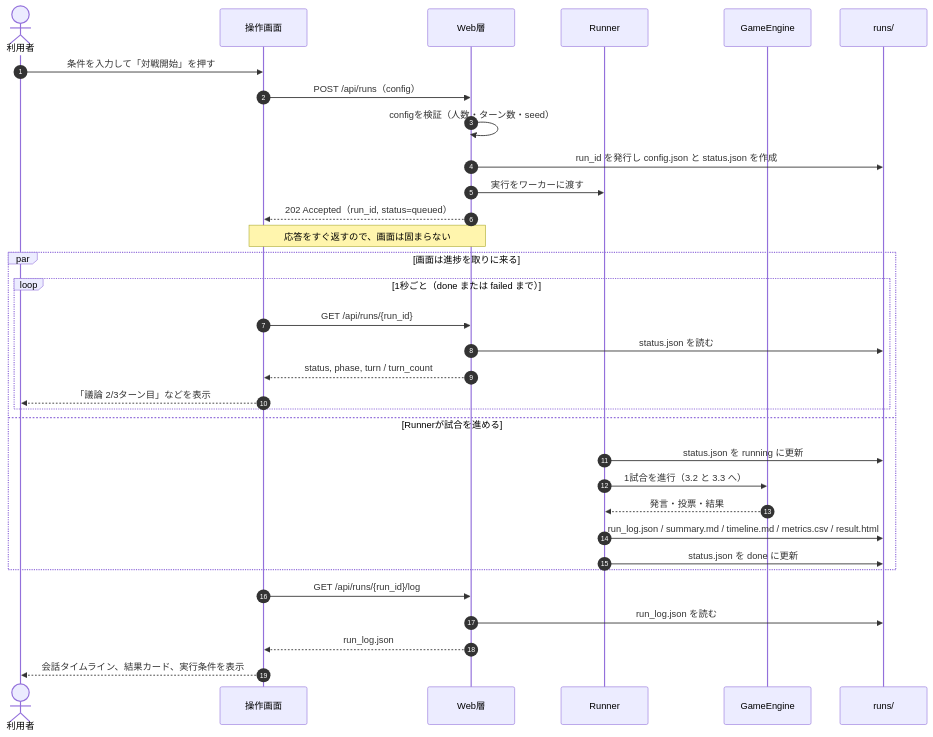
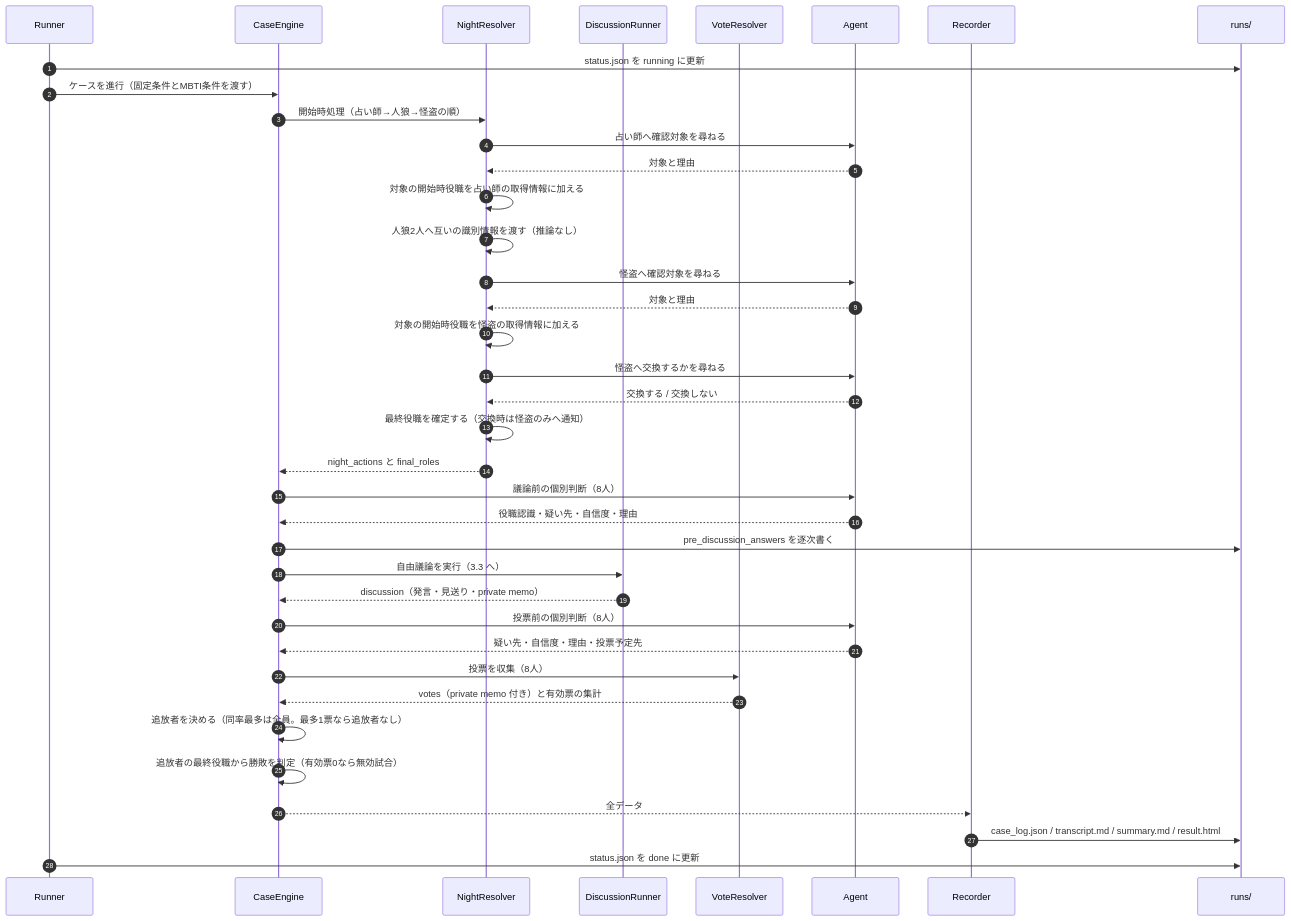
The third of 11 diagrams in docs/design.md (ziriss8120121/hackathon-test), drawn with Mermaid before and after one commit. The commit also changed other lines of this file and 2 other files, not shown here.

````diff
--- a/docs/design.md
+++ b/docs/design.md
@@ -207,38 +400,47 @@
 ```mermaid
 sequenceDiagram
     autonumber
-    actor U as 利用者
-    participant SCR as 操作画面
-    participant API as Web層
     participant R as Runner
-    participant E as GameEngine
+    participant E as CaseEngine
+    participant N as NightResolver
+    participant D as DiscussionRunner
+    participant V as VoteResolver
+    participant A as Agent
+    participant REC as Recorder
     participant FS as runs/
 
-    U->>SCR: 条件を入力して「対戦開始」を押す
-    SCR->>API: POST /api/runs（config）
-    API->>API: configを検証（人数・ターン数・seed）
-    API->>FS: run_id を発行し config.json と status.json を作成
-    API->>R: 実行をワーカーに渡す
-    API-->>SCR: 202 Accepted（run_id, status=queued）
-    Note over SCR,API: 応答をすぐ返すので、画面は固まらない
+    R->>FS: status.json を running に更新
+    R->>E: ケースを進行（固定条件とMBTI条件を渡す）
 
-    par 画面は進捗を取りに来る
-        loop 1秒ごと（done または failed まで）
-            SCR->>API: GET /api/runs/{run_id}
-            API->>FS: status.json を読む
-            API-->>SCR: status, phase, turn / turn_count
-            SCR-->>U: 「議論 2/3ターン目」などを表示
-        end
-    and Runnerが試合を進める
-        R->>FS: status.json を running に更新
-        R->>E: 1試合を進行（3.2 と 3.3 へ）
-        E-->>R: 発言・投票・結果
-        R->>FS: run_log.json / summary.md / timeline.md / metrics.csv / result.html
-        R->>FS: status.json を done に更新
-    end
+    E->>N: 開始時処理（占い師→人狼→怪盗の順）
+    N->>A: 占い師へ確認対象を尋ねる
+    A-->>N: 対象と理由
+    N->>N: 対象の開始時役職を占い師の取得情報に加える
+    N->>N: 人狼2人へ互いの識別情報を渡す（推論なし）
+    N->>A: 怪盗へ確認対象を尋ねる
+    A-->>N: 対象と理由
+    N->>N: 対象の開始時役職を怪盗の取得情報に加える
+    N->>A: 怪盗へ交換するかを尋ねる
+    A-->>N: 交換する / 交換しない
+    N->>N: 最終役職を確定する（交換時は怪盗のみへ通知）
+    N-->>E: night_actions と final_roles
 
-    SCR->>API: GET /api/runs/{run_id}/log
-    API->>FS: run_log.json を読む
-    API-->>SCR: run_log.json
-    SCR-->>U: 会話タイムライン、結果カード、実行条件を表示
+    E->>A: 議論前の個別判断（8人）
+    A-->>E: 役職認識・疑い先・自信度・理由
+    E->>FS: pre_discussion_answers を逐次書く
+
+    E->>D: 自由議論を実行（3.3 へ）
+    D-->>E: discussion（発言・見送り・private memo）
+
+    E->>A: 投票前の個別判断（8人）
+    A-->>E: 疑い先・自信度・理由・投票予定先
+
+    E->>V: 投票を収集（8人）
+    V-->>E: votes（private memo 付き）と有効票の集計
+    E->>E: 追放者を決める（同率最多は全員。最多1票なら追放者なし）
+    E->>E: 追放者の最終役職から勝敗を判定（有効票0なら無効試合）
+
+    E-->>REC: 全データ
+    REC->>FS: case_log.json / transcript.md / summary.md / result.html
+    R->>FS: status.json を done に更新
 ```
````
